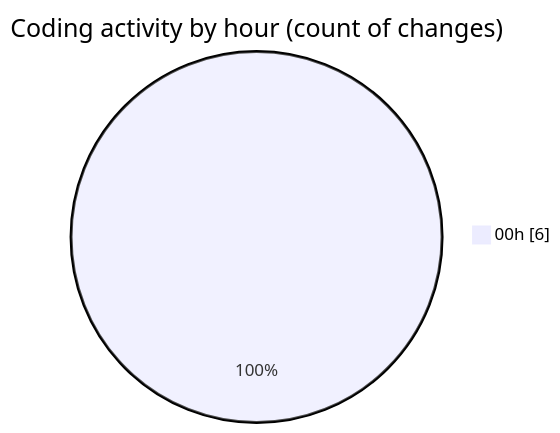
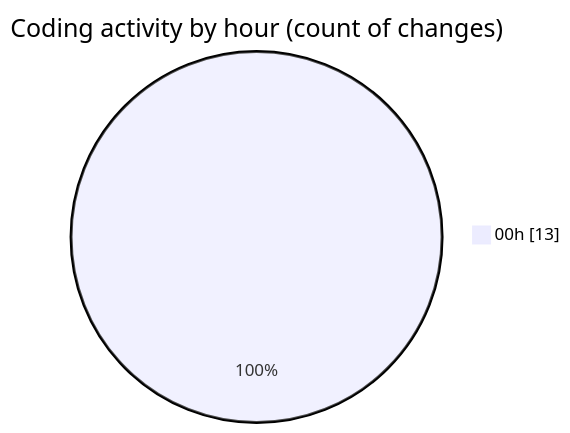
Before and after one commit to EIIisD/code-tracking: the second of 2 diagrams in 2025-07-27/vtuber/README.md, drawn with Mermaid. The commit also changed other lines of this file and 1 other file, not shown here.

````diff
--- a/2025-07-27/vtuber/README.md
+++ b/2025-07-27/vtuber/README.md
@@ -32,5 +35,5 @@
 ```mermaid
 pie showData
 title Coding activity by hour (count of changes)
-"00h" : 6
+"00h" : 13
 ```
````
